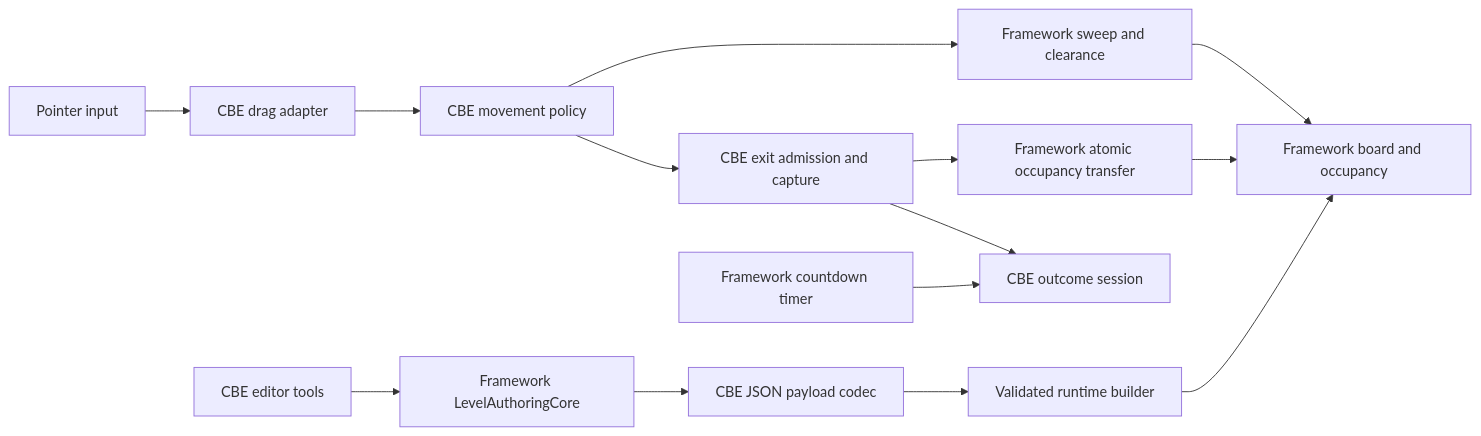
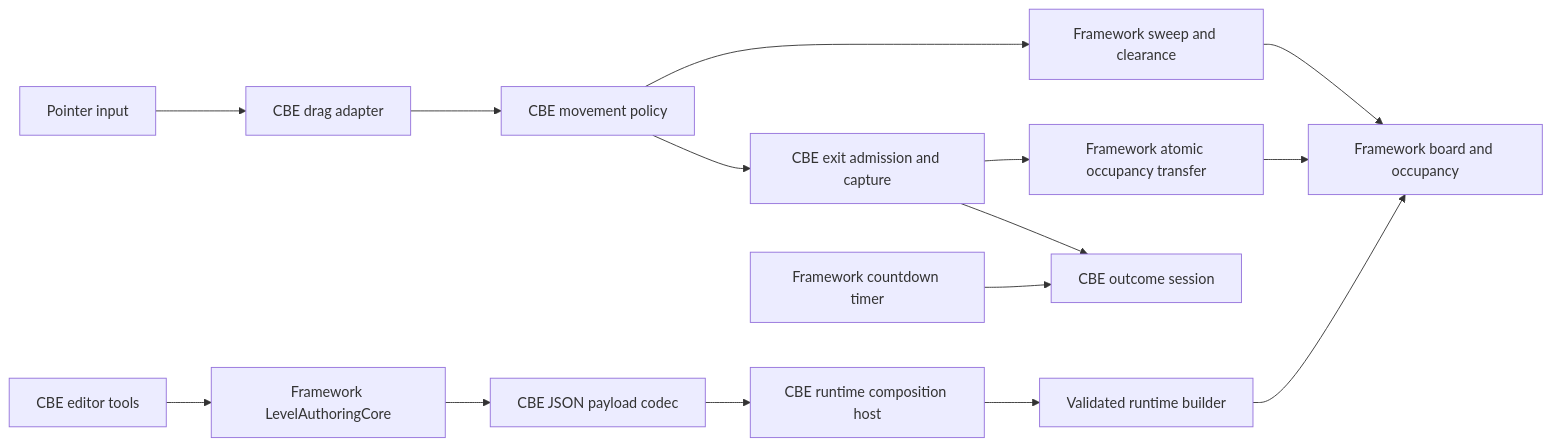
Before and after one commit to GameplaySystem/PuzzleFramework-ColorBlockEscape: the first of 2 diagrams in README.md, drawn with Mermaid. The commit also changed other lines of this file and 19 other files, not shown here.

````diff
--- a/README.md
+++ b/README.md
@@ -53,16 +57,17 @@
 ```mermaid
 flowchart LR
     Input[Pointer input] --> Drag[CBE drag adapter]
     Drag --> Move[CBE movement policy]
     Move --> Sweep[Framework sweep and clearance]
     Sweep --> Board[Framework board and occupancy]
     Move --> Exit[CBE exit admission and capture]
     Exit --> Transfer[Framework atomic occupancy transfer]
     Transfer --> Board
     Exit --> Outcome[CBE outcome session]
     Timer[Framework countdown timer] --> Outcome
     Authoring[CBE editor tools] --> Session[Framework LevelAuthoringCore]
     Session --> Codec[CBE JSON payload codec]
-    Codec --> Build[Validated runtime builder]
+    Codec --> Host[CBE runtime composition host]
+    Host --> Build[Validated runtime builder]
     Build --> Board
 ```
````
